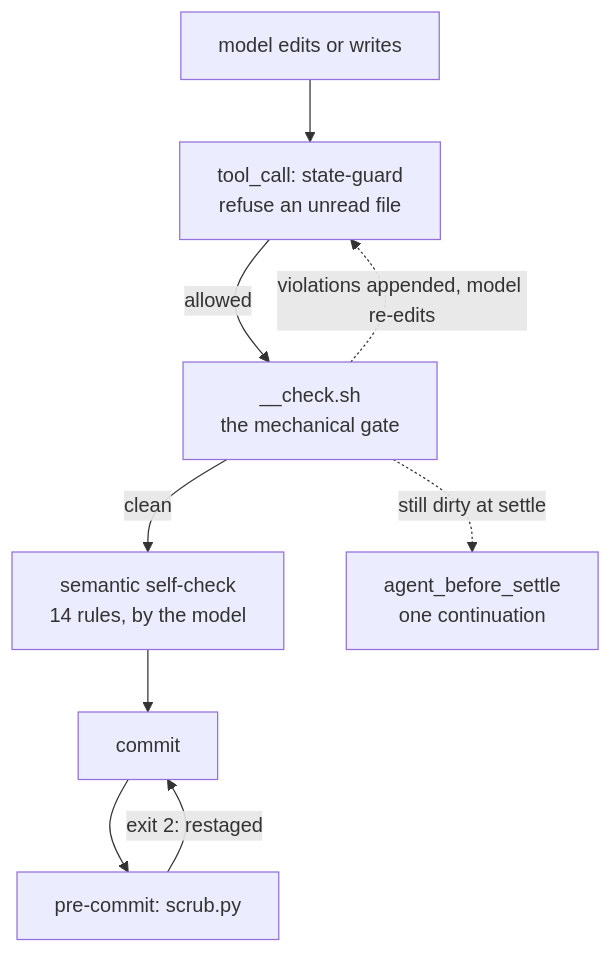
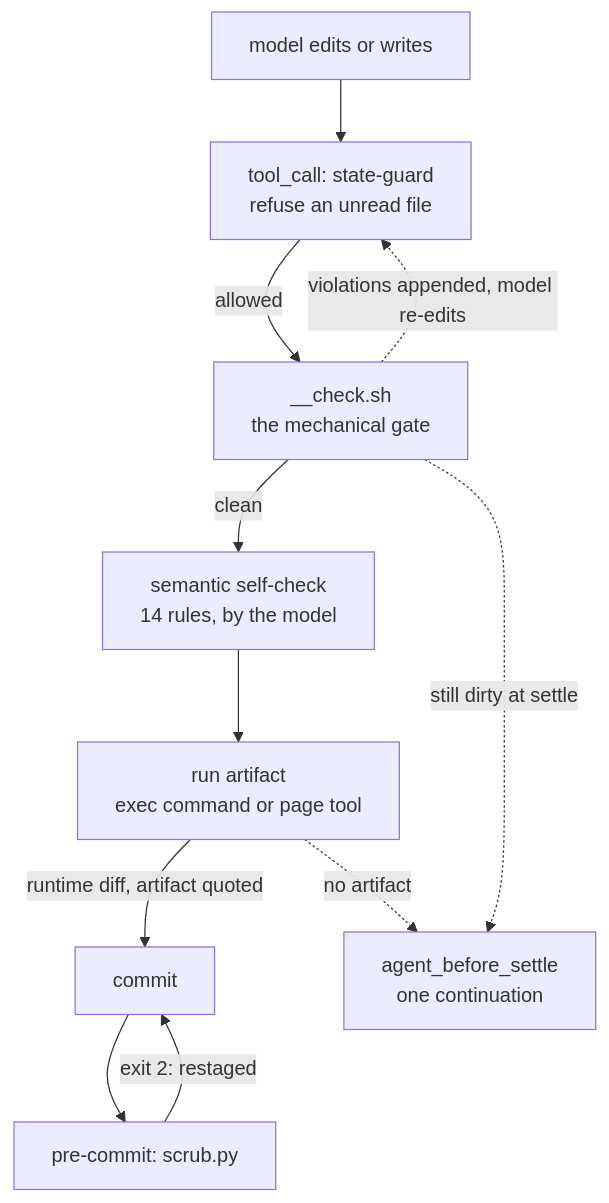
Before and after one commit to sub0xdai/n0x-pi: the second of 5 diagrams in agent/harness-map.md, drawn with Mermaid. The commit also changed other lines of this file and 19 other files, not shown here.

````diff
--- a/agent/harness-map.md
+++ b/agent/harness-map.md
@@ -76,18 +76,21 @@
 ```mermaid
 flowchart TB
     M["model edits or writes"]
     RT["tool_call: state-guard<br/>refuse an unread file"]
     MC["__check.sh<br/>the mechanical gate"]
     SEM["semantic self-check<br/>14 rules, by the model"]
+    RUN["run artifact<br/>exec command or page tool"]
     C["commit"]
     PC["pre-commit: scrub.py"]
     N["agent_before_settle<br/>one continuation"]
     M --> RT
     RT -->|"allowed"| MC
     MC -->|"clean"| SEM
-    SEM --> C
+    SEM --> RUN
+    RUN -->|"runtime diff, artifact quoted"| C
     C --> PC
     PC -->|"exit 2: restaged"| C
     MC -.->|"violations appended, model re-edits"| RT
     MC -.->|"still dirty at settle"| N
+    RUN -.->|"no artifact"| N
 ```
````
